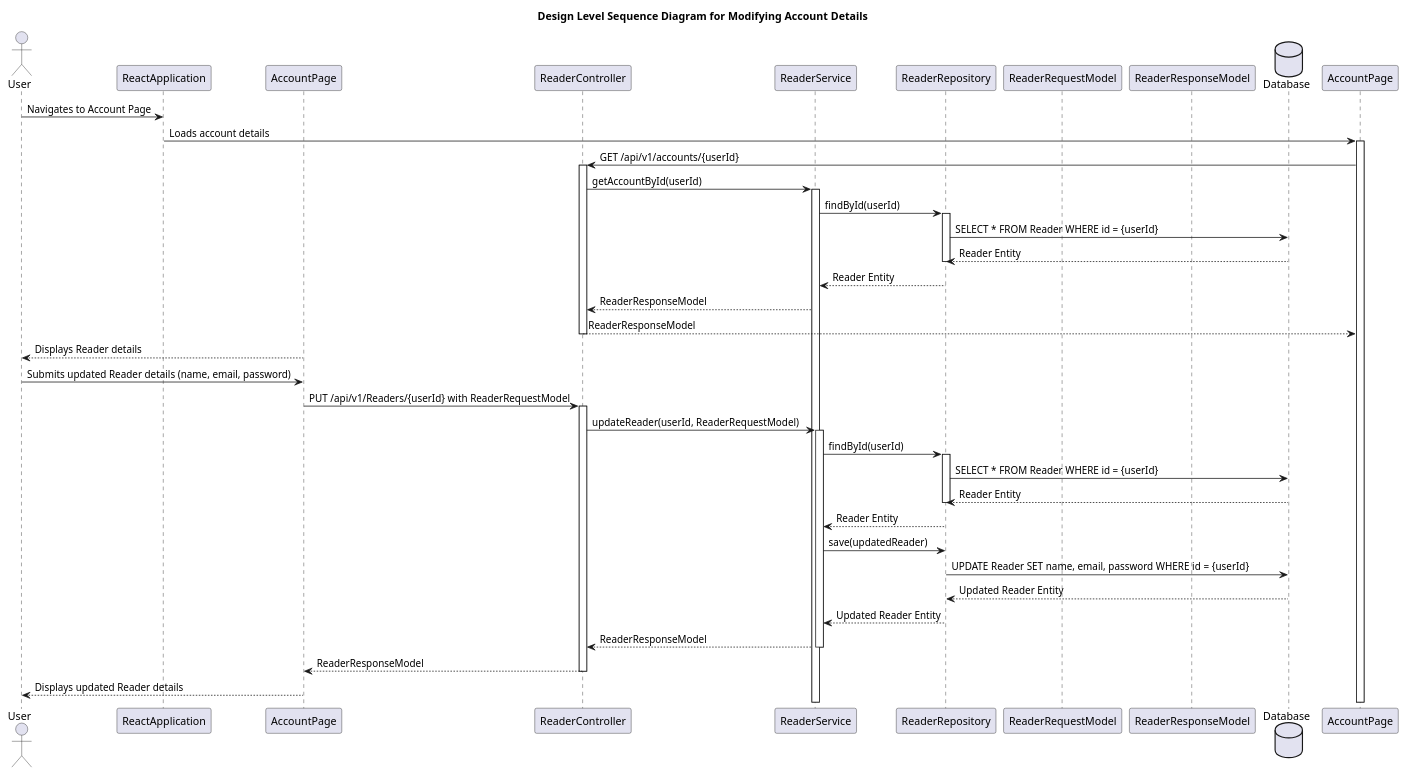
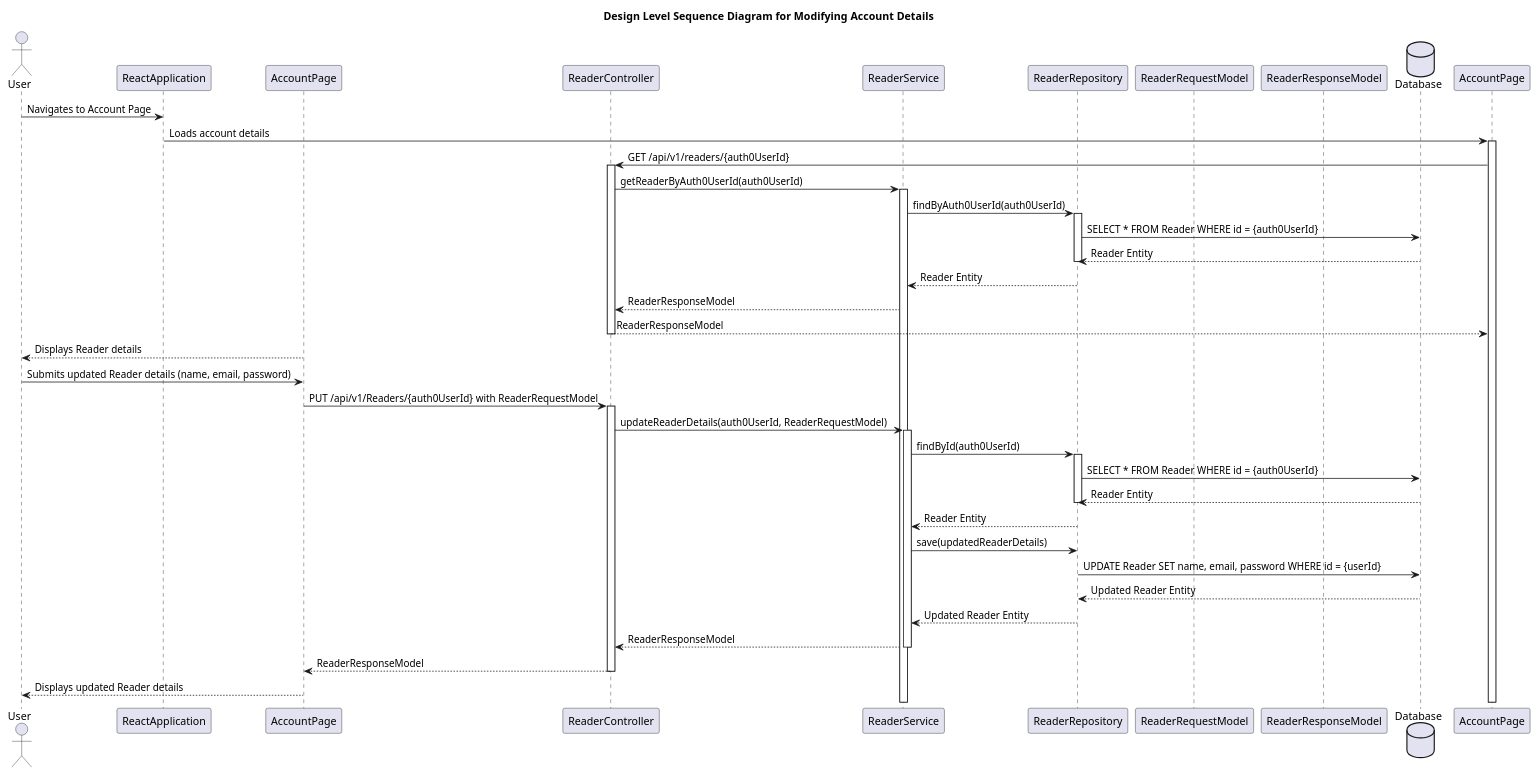
Before and after one commit to Valthefirst/league_alerts-ChamplainECP: the diagram in Diagrams/Sprints/Sprint3-Diagrams/DLSD/DLSDMondifyAccount.puml, drawn with PlantUML. The commit also changed 3 other files, not shown here.

Commit message:
Diagrams

```diff
--- a/Diagrams/Sprints/Sprint3-Diagrams/DLSD/DLSDMondifyAccount.puml
+++ b/Diagrams/Sprints/Sprint3-Diagrams/DLSD/DLSDMondifyAccount.puml
@@ -1,56 +1,56 @@
 @startuml
 title Design Level Sequence Diagram for Modifying Account Details
 
 actor User
 participant "ReactApplication" as RA
 participant "AccountPage" as ReaderPage
 participant "ReaderController" as Controller
 participant "ReaderService" as Service
 participant "ReaderRepository" as Repository
 participant "ReaderRequestModel" as RequestModel
 participant "ReaderResponseModel" as ResponseModel
 database "Database" as DB
 
 User -> RA : Navigates to Account Page
 RA -> AccountPage : Loads account details
 activate AccountPage
 
-AccountPage -> Controller : GET /api/v1/accounts/{userId}
+AccountPage -> Controller : GET /api/v1/readers/{auth0UserId}
 activate Controller
-Controller -> Service : getAccountById(userId)
+Controller -> Service : getReaderByAuth0UserId(auth0UserId)
 activate Service
-Service -> Repository : findById(userId)
+Service -> Repository : findByAuth0UserId(auth0UserId)
 activate Repository
-Repository -> DB : SELECT * FROM Reader WHERE id = {userId}
+Repository -> DB : SELECT * FROM Reader WHERE id = {auth0UserId}
 DB --> Repository : Reader Entity
 deactivate Repository
 Repository --> Service : Reader Entity
 Service --> Controller : ReaderResponseModel
 Controller --> AccountPage : ReaderResponseModel
 deactivate Controller
 
 ReaderPage --> User : Displays Reader details
 User -> ReaderPage : Submits updated Reader details (name, email, password)
-ReaderPage -> Controller : PUT /api/v1/Readers/{userId} with ReaderRequestModel
+ReaderPage -> Controller : PUT /api/v1/Readers/{auth0UserId} with ReaderRequestModel
 activate Controller
-Controller -> Service : updateReader(userId, ReaderRequestModel)
+Controller -> Service : updateReaderDetails(auth0UserId, ReaderRequestModel)
 activate Service
-Service -> Repository : findById(userId)
+Service -> Repository : findById(auth0UserId)
 activate Repository
-Repository -> DB : SELECT * FROM Reader WHERE id = {userId}
+Repository -> DB : SELECT * FROM Reader WHERE id = {auth0UserId}
 DB --> Repository : Reader Entity
 deactivate Repository
 Repository --> Service : Reader Entity
 
-Service -> Repository : save(updatedReader)
+Service -> Repository : save(updatedReaderDetails)
 Repository -> DB : UPDATE Reader SET name, email, password WHERE id = {userId}
 DB --> Repository : Updated Reader Entity
 Repository --> Service : Updated Reader Entity
 Service --> Controller : ReaderResponseModel
 deactivate Service
 Controller --> ReaderPage : ReaderResponseModel
 deactivate Controller
 
 ReaderPage --> User : Displays updated Reader details
 
 @enduml
```
